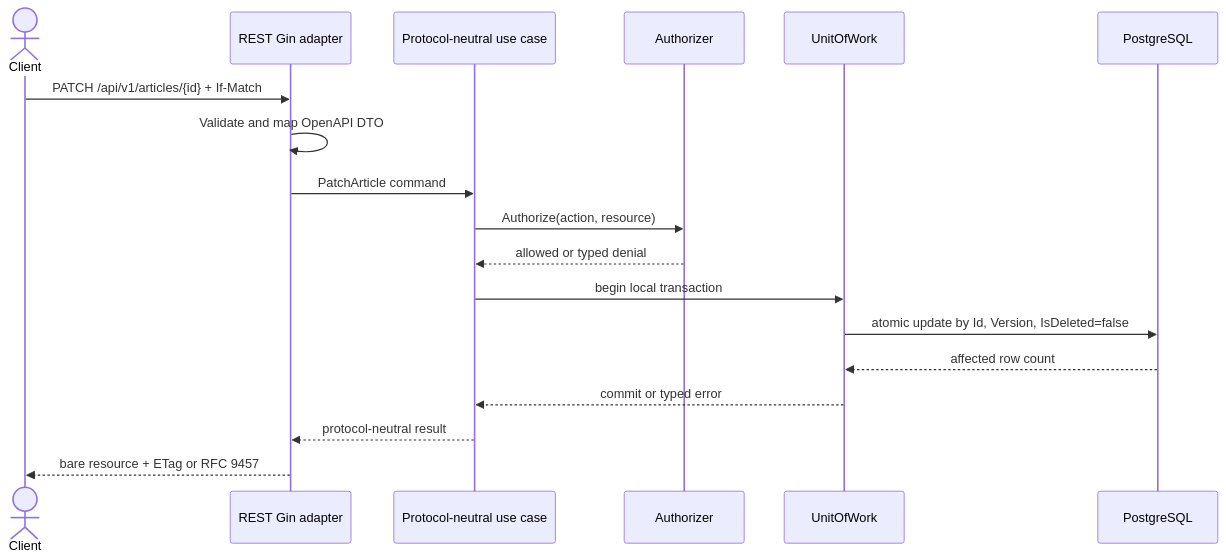
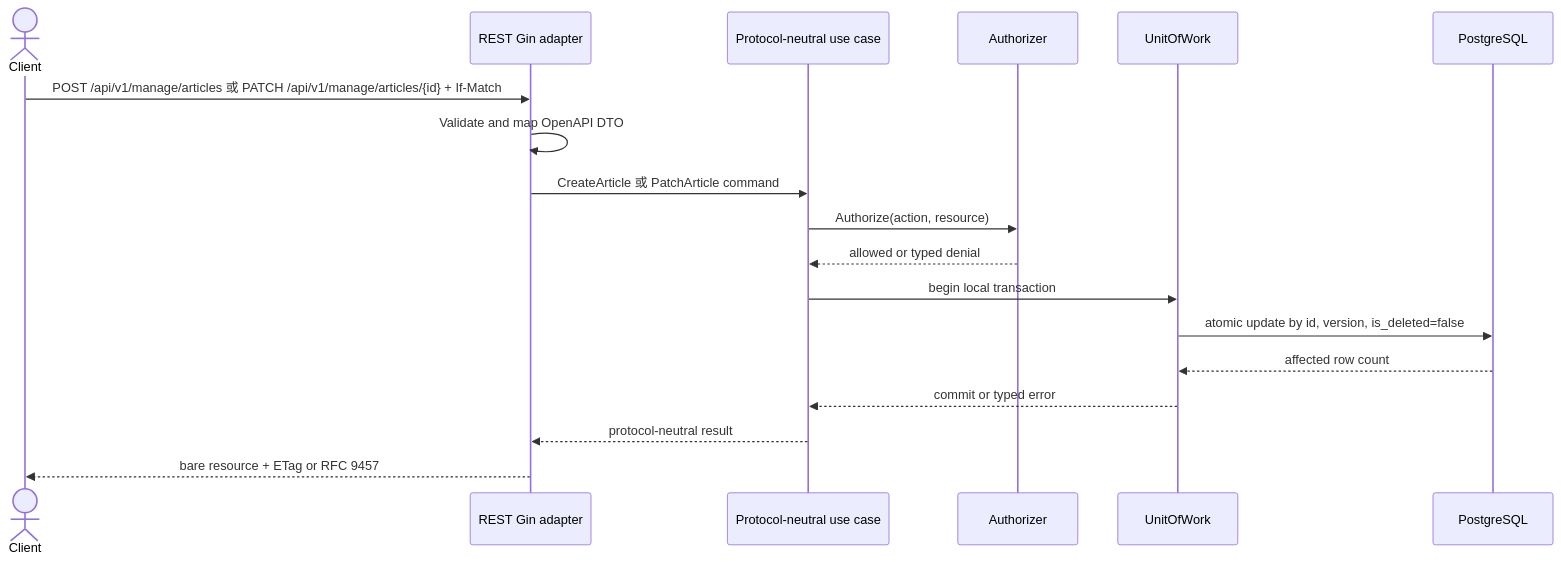
The fourth of 9 diagrams in backend/docs/architecture/go-backend-architecture.md (PengYuee/SCYG.Blog), drawn with Mermaid before and after one commit. The commit also changed other lines of this file and 914 other files, not shown here.

````diff
--- a/backend/docs/architecture/go-backend-architecture.md
+++ b/backend/docs/architecture/go-backend-architecture.md
@@ -148,20 +151,20 @@
 ```mermaid
 sequenceDiagram
     actor Client
     participant Gin as REST Gin adapter
     participant UC as Protocol-neutral use case
     participant Auth as Authorizer
     participant UoW as UnitOfWork
     participant PG as PostgreSQL
-    Client->>Gin: PATCH /api/v1/articles/{id} + If-Match
+    Client->>Gin: POST /api/v1/manage/articles 或 PATCH /api/v1/manage/articles/{id} + If-Match
     Gin->>Gin: Validate and map OpenAPI DTO
-    Gin->>UC: PatchArticle command
+    Gin->>UC: CreateArticle 或 PatchArticle command
     UC->>Auth: Authorize(action, resource)
     Auth-->>UC: allowed or typed denial
     UC->>UoW: begin local transaction
-    UoW->>PG: atomic update by Id, Version, IsDeleted=false
+    UoW->>PG: atomic update by id, version, is_deleted=false
     PG-->>UoW: affected row count
     UoW-->>UC: commit or typed error
     UC-->>Gin: protocol-neutral result
     Gin-->>Client: bare resource + ETag or RFC 9457
 ```
````
